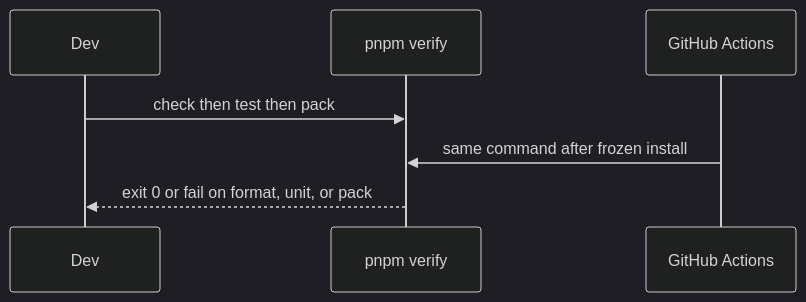
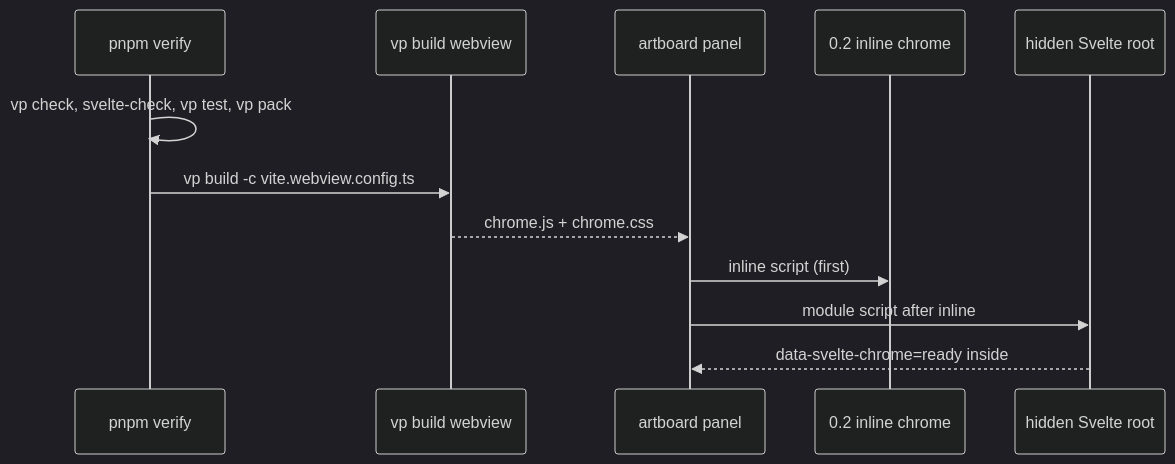
One commit to MarekBombera/cursor-design-extension changed the second of 2 diagrams in blueprint/context/current-feature-overview.md. Above: the diagram before and after it, drawn with Mermaid (dark theme). The commit also changed other lines of this file and 25 other files, not shown here.

First line of the commit message:
feat: add Svelte 5 webview toolchain

````diff
--- a/blueprint/context/current-feature-overview.md
+++ b/blueprint/context/current-feature-overview.md
@@ -34,9 +29,14 @@
 ```mermaid
 sequenceDiagram
-  participant Dev
   participant Verify as pnpm verify
-  participant CI as GitHub Actions
-  Dev->>Verify: check then test then pack
-  CI->>Verify: same command after frozen install
-  Verify-->>Dev: exit 0 or fail on format, unit, or pack
+  participant Build as vp build webview
+  participant Host as artboard panel
+  participant Chrome as 0.2 inline chrome
+  participant Hello as hidden Svelte root
+  Verify->>Verify: vp check, svelte-check, vp test, vp pack
+  Verify->>Build: vp build -c vite.webview.config.ts
+  Build-->>Host: chrome.js + chrome.css
+  Host->>Chrome: inline script (first)
+  Host->>Hello: module script after inline
+  Hello-->>Host: data-svelte-chrome=ready inside #svelte-root
 ```
````
